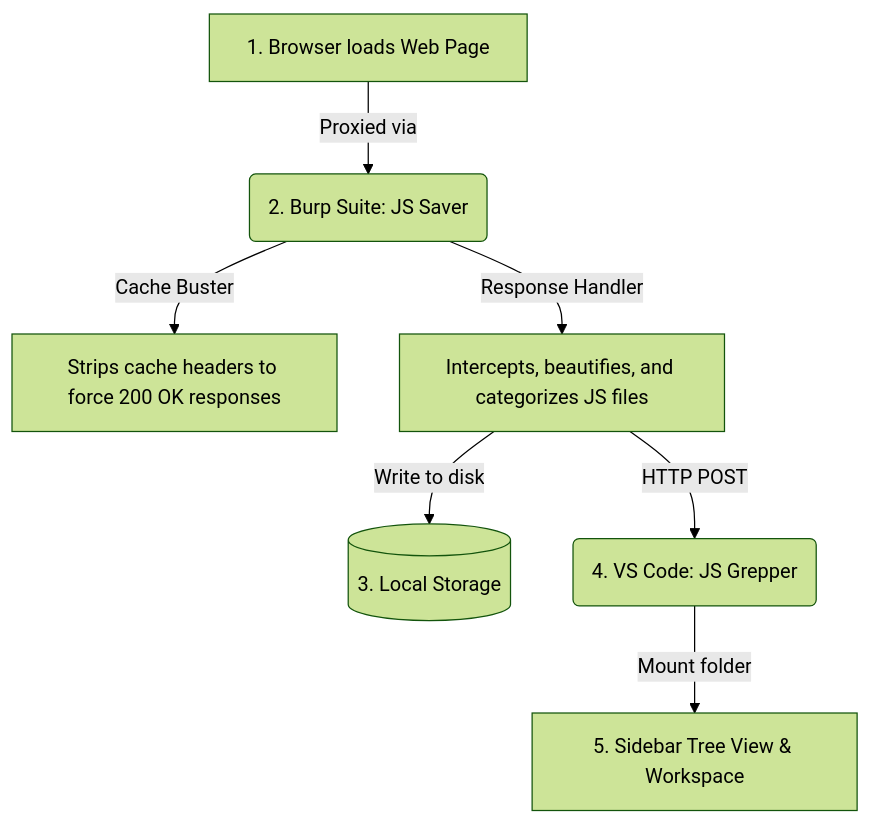
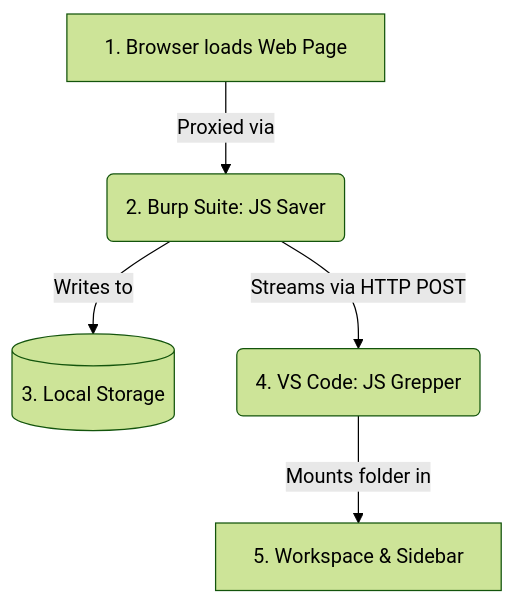
One commit to octodi/JSGrepper changed the diagram in README.md. Above: the diagram before and after it, drawn with Mermaid (forest theme).

Commit message:
Remove cache buster details from Mermaid diagram

````diff
--- a/README.md
+++ b/README.md
@@ -13,9 +13,7 @@
 ```mermaid
 graph TD
     A[1. Browser loads Web Page] -->|Proxied via| B(2. Burp Suite: JS Saver)
-    B -->|Cache Buster| B1[Strips cache headers to force 200 OK responses]
-    B -->|Response Handler| B2[Intercepts, beautifies, and categorizes JS files]
-    B2 -->|Write to disk| C[(3. Local Storage)]
-    B2 -->|HTTP POST| D(4. VS Code: JS Grepper)
-    D -->|Mount folder| E[5. Sidebar Tree View & Workspace]
+    B -->|Writes to| C[(3. Local Storage)]
+    B -->|Streams via HTTP POST| D(4. VS Code: JS Grepper)
+    D -->|Mounts folder in| E[5. Workspace & Sidebar]
 ```
````
